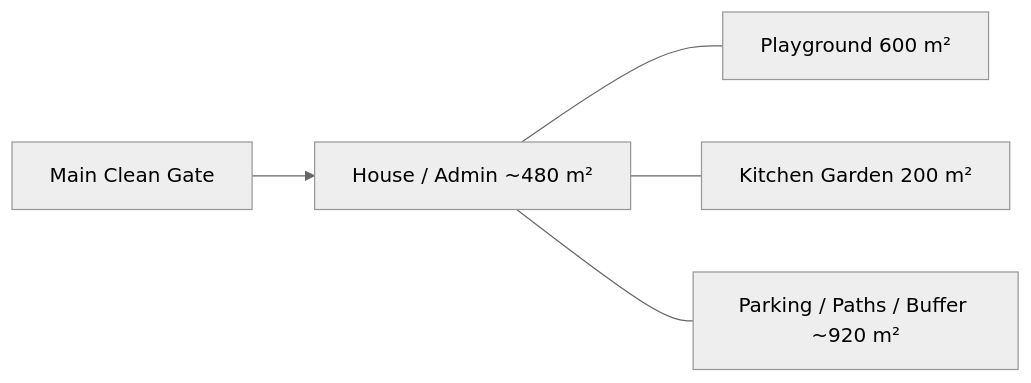
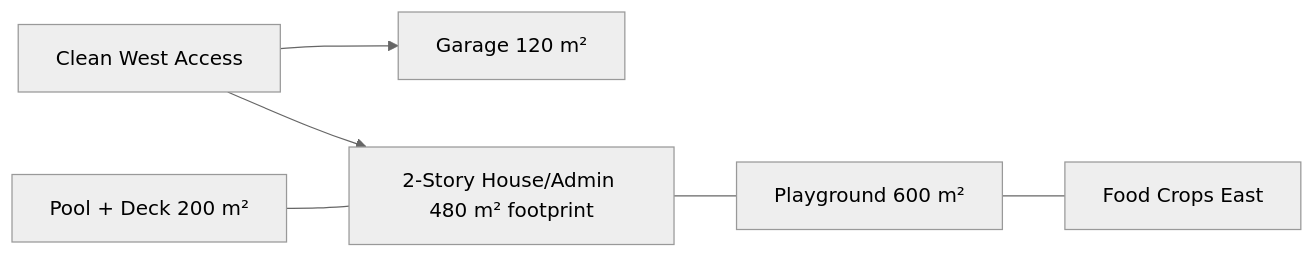
Before and after one commit to agro-firm/Self-Sufficient-Eco-Farm: the fifth of 17 diagrams in SPACE.md, drawn with Mermaid (neutral theme). The commit also changed other lines of this file and 40 other files, not shown here.

Commit message:
Redesign residential admin zone with duplex garage pool and full systems

````diff
--- a/SPACE.md
+++ b/SPACE.md
@@ -263,12 +295,14 @@
 ```mermaid
 flowchart LR
-    GATE[Main Clean Gate]
-    HOME[House / Admin ~480 m²]
+    ACCESS[Clean West Access]
+    GAR[Garage 120 m²]
+    POOL[Pool + Deck 200 m²]
+    HOME[2-Story House/Admin 480 m² footprint]
     PLAY[Playground 600 m²]
-    KG[Kitchen Garden 200 m²]
-    PARK[Parking / Paths / Buffer ~920 m²]
-    GATE --> HOME
+    CROP[Food Crops East]
+    ACCESS --> GAR
+    ACCESS --> HOME
+    POOL --- HOME
     HOME --- PLAY
-    HOME --- KG
-    HOME --- PARK
+    PLAY --- CROP
 ```
````
